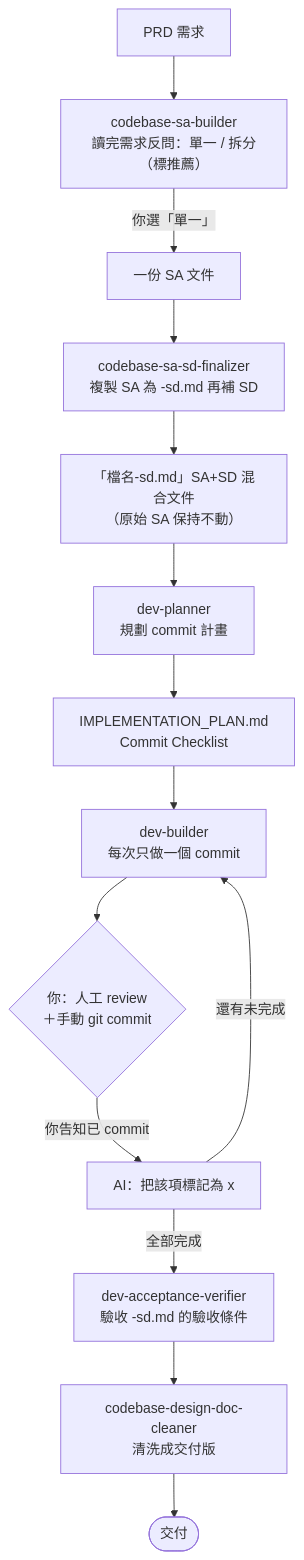
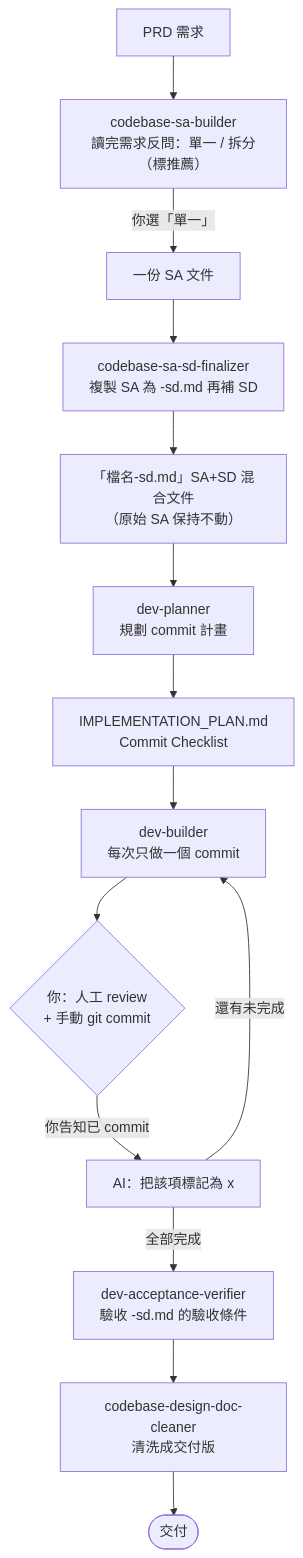
The first of 2 diagrams in README.md (asd880921/spec-flow), drawn with Mermaid before and after one commit. The commit also changed other lines of this file and 6 other files, not shown here.

````diff
--- a/README.md
+++ b/README.md
@@ -26,16 +26,16 @@
 ```mermaid
 flowchart TD
     PRD[PRD 需求] --> SAB["codebase-sa-builder<br/>讀完需求反問：單一 / 拆分（標推薦）"]
     SAB -->|你選「單一」| SA[一份 SA 文件]
     SA --> FIN["codebase-sa-sd-finalizer<br/>複製 SA 為 -sd.md 再補 SD"]
     FIN --> SD["「檔名-sd.md」SA+SD 混合文件<br/>（原始 SA 保持不動）"]
     SD --> PLAN["dev-planner<br/>規劃 commit 計畫"]
     PLAN --> IMP["IMPLEMENTATION_PLAN.md<br/>Commit Checklist"]
     IMP --> BUILD["dev-builder<br/>每次只做一個 commit"]
-    BUILD --> REVIEW{"你：人工 review<br/>＋手動 git commit"}
+    BUILD --> REVIEW{"你：人工 review<br/> + 手動 git commit"}
     REVIEW -->|你告知已 commit| MARK["AI：把該項標記為 x"]
     MARK -->|還有未完成| BUILD
     MARK -->|全部完成| VERIFY["dev-acceptance-verifier<br/>驗收 -sd.md 的驗收條件"]
     VERIFY --> CLEAN["codebase-design-doc-cleaner<br/>清洗成交付版"]
     CLEAN --> DONE([交付])
 ```
````
